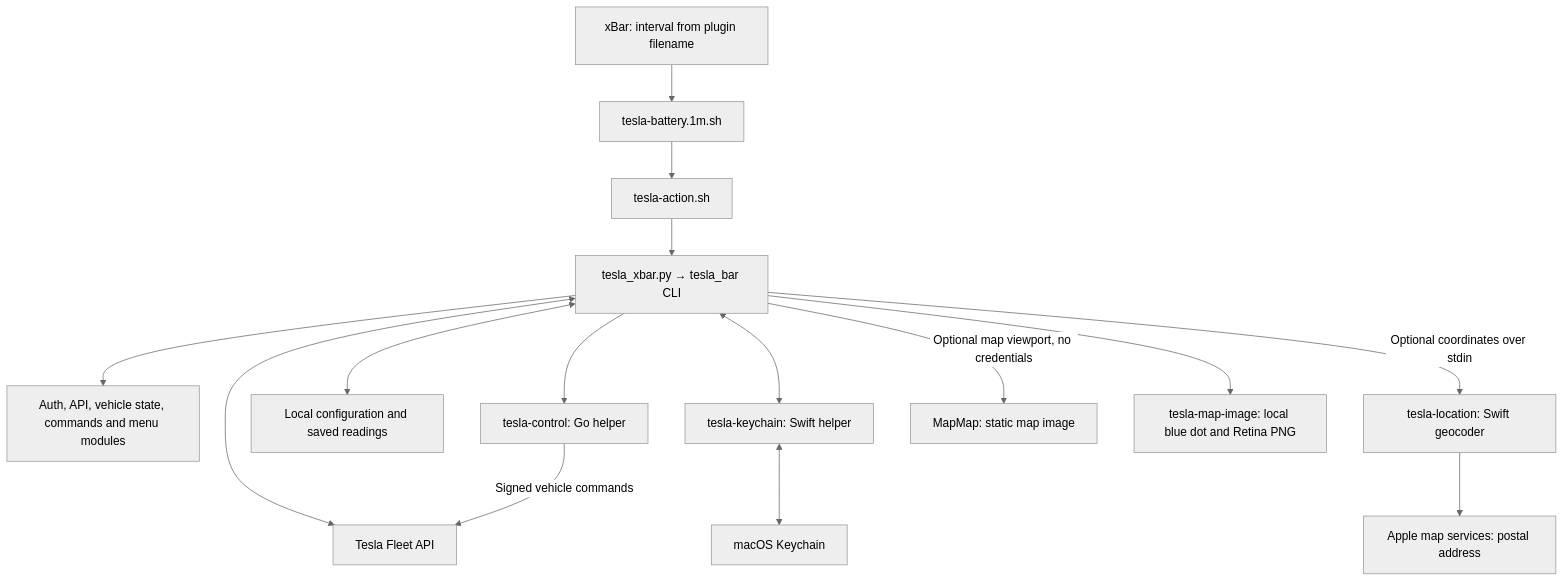
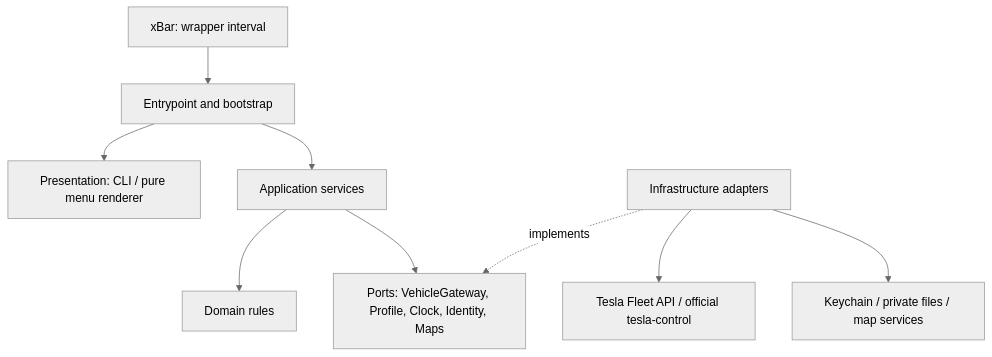
Before and after one commit to kolisko/tesla-xbar: the diagram in README.md, drawn with Mermaid (neutral theme). The commit also changed other lines of this file and 61 other files, not shown here.

Commit message:
Separate domain, application, presentation and infrastructure layers (#16)

````diff
--- a/README.md
+++ b/README.md
@@ -63,17 +63,11 @@
 ```mermaid
 flowchart TD
-    X["xBar: interval from plugin filename"] --> W["tesla-battery.1m.sh"]
-    W --> L["tesla-action.sh"]
-    L --> P["tesla_xbar.py → tesla_bar CLI"]
-    P --> R["Auth, API, vehicle state, commands and menu modules"]
-    P <--> F["Tesla Fleet API"]
-    P <--> K["tesla-keychain: Swift helper"]
-    K <--> V["macOS Keychain"]
-    P <--> D["Local configuration and saved readings"]
-    P --> C["tesla-control: Go helper"]
-    C -->|Signed vehicle commands| F
-    P -->|Optional coordinates over stdin| G["tesla-location: Swift geocoder"]
-    G --> A["Apple map services: postal address"]
-    P -->|Optional map viewport, no credentials| M["MapMap: static map image"]
-    P --> I["tesla-map-image: local blue dot and Retina PNG"]
+    X["xBar: wrapper interval"] --> B["Entrypoint and bootstrap"]
+    B --> P["Presentation: CLI / pure menu renderer"]
+    B --> S["Application services"]
+    S --> D["Domain rules"]
+    S --> C["Ports: VehicleGateway, Profile, Clock, Identity, Maps"]
+    I["Infrastructure adapters"] -. implements .-> C
+    I --> T["Tesla Fleet API / official tesla-control"]
+    I --> L["Keychain / private files / map services"]
 ```
````
